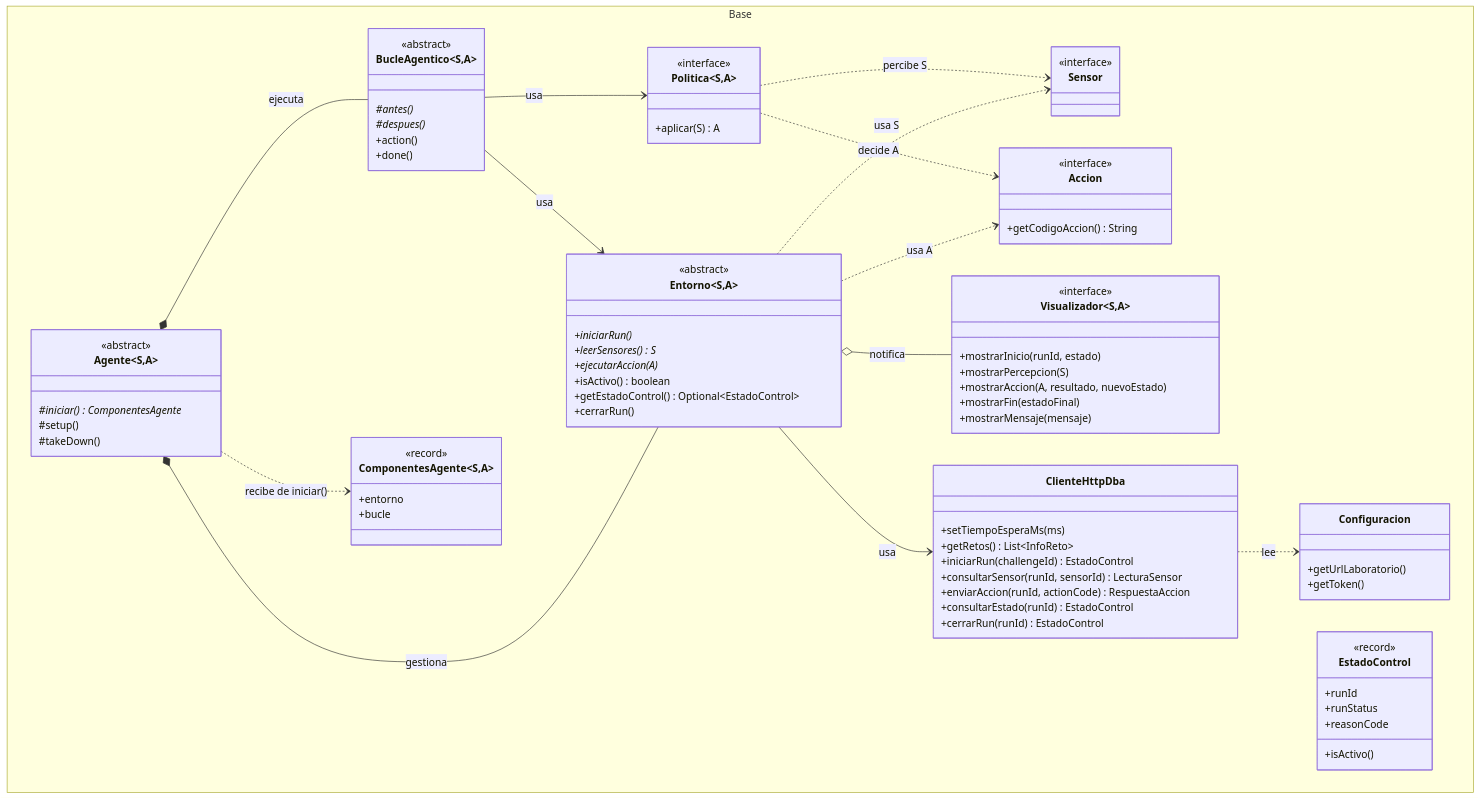
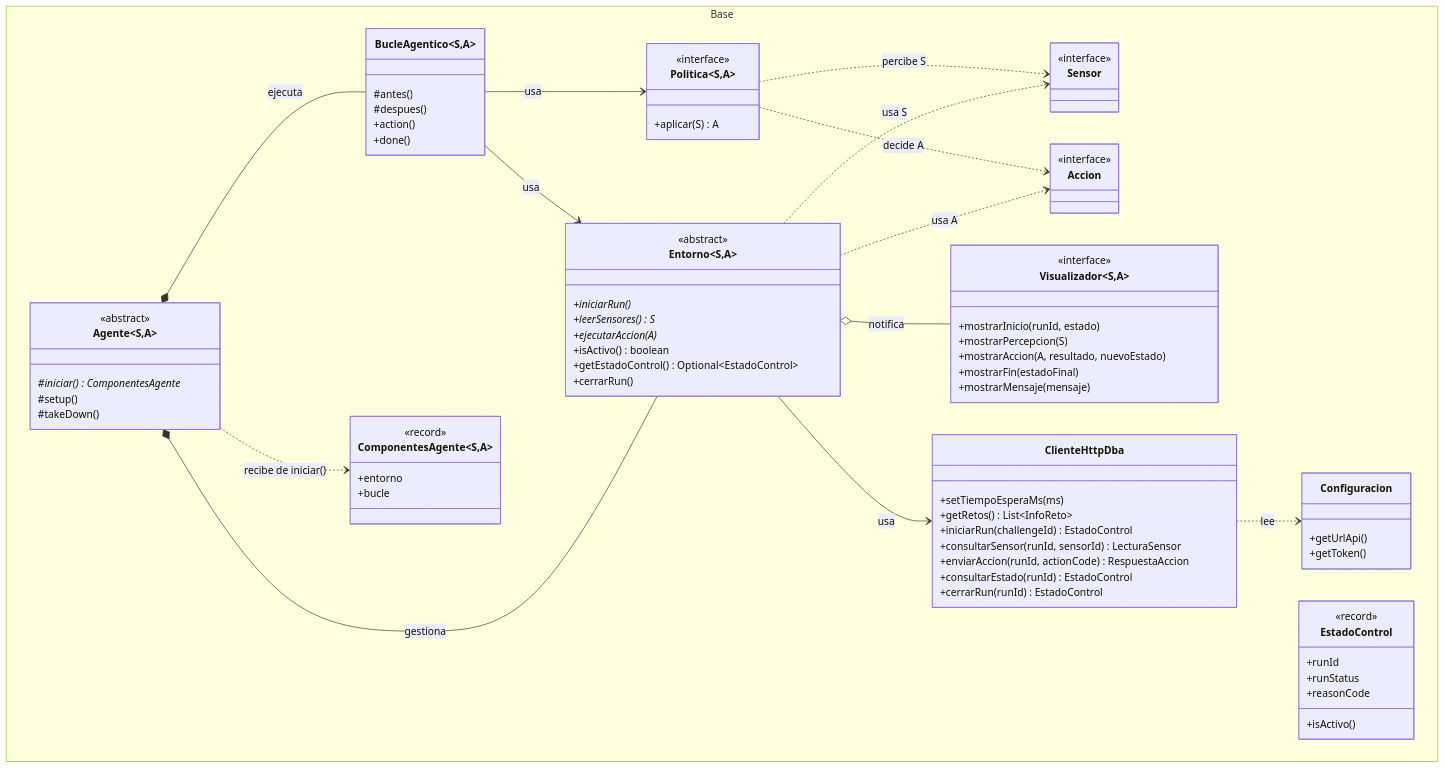
One commit to leemon22/DBApractica2 changed the first of 3 diagrams in README.md. Above: the diagram before and after it, drawn with Mermaid. The commit also changed other lines of this file and 50 other files, not shown here.

```diff
--- a/README.md
+++ b/README.md
@@ -100,10 +100,9 @@
         }
         class Accion {
             <<interface>>
-            +getCodigoAccion() String
         }
         class Configuracion {
-            +getUrlLaboratorio()
+            +getUrlApi()
             +getToken()
         }
         class ClienteHttpDba {
@@ -155,9 +154,8 @@
             #takeDown()
         }
         class BucleAgentico~S,A~ {
-            <<abstract>>
-            #antes()*
-            #despues()*
+            #antes()
+            #despues()
             +action()
             +done()
         }
```
